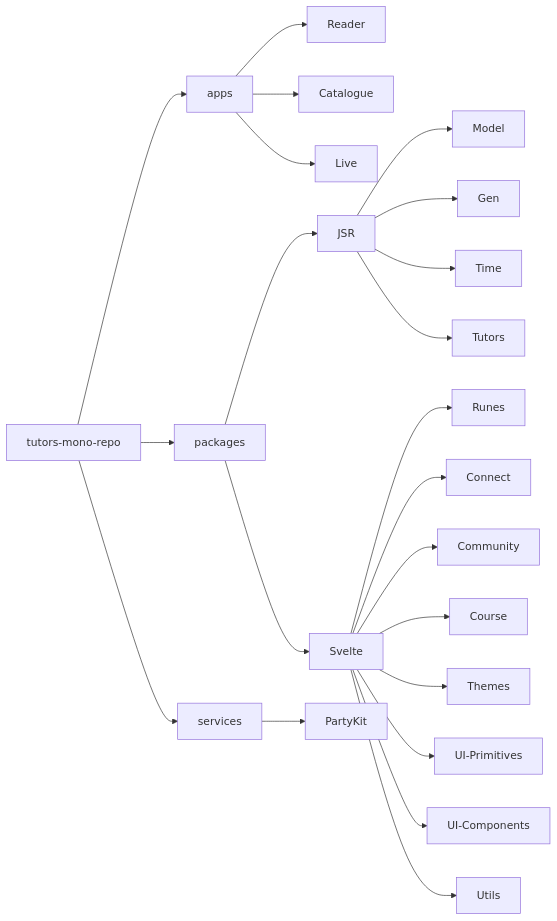
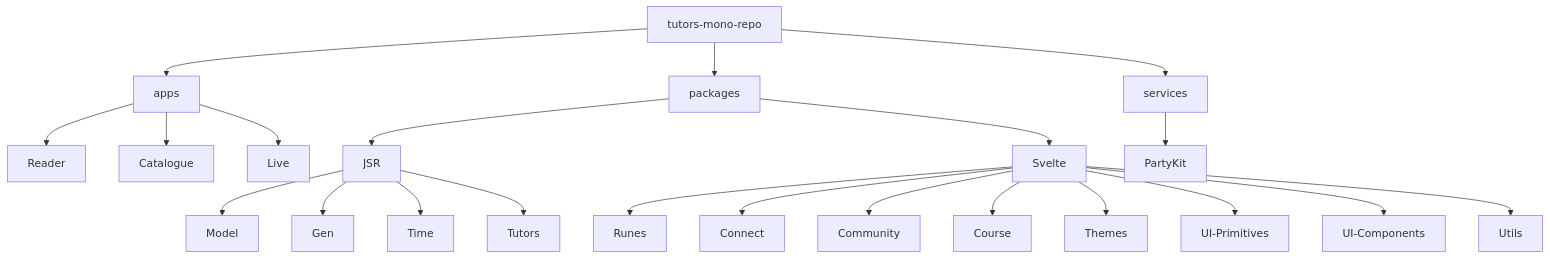
Before and after one commit to tutors-sdk/tutors-reference-manual: the first of 14 diagrams in unit-4-dev/note-architecture/note-architecture.md, drawn with Mermaid.

Commit message:
vertical version

````diff
--- a/unit-4-dev/note-architecture/note-architecture.md
+++ b/unit-4-dev/note-architecture/note-architecture.md
@@ -48,31 +48,31 @@
 ```mermaid
-graph LR
+graph TD
   root["tutors-mono-repo"]
 
   root --> apps
   root --> packages
   root --> services
 
   apps --> reader["Reader"]
   apps --> catalogue["Catalogue"]
   apps --> live["Live"]
 
   packages --> jsr["JSR"]
   packages --> svelte["Svelte"]
 
   jsr --> model["Model"]
   jsr --> gen["Gen"]
   jsr --> time["Time"]
   jsr --> tutors_cli["Tutors"]
 
   svelte --> runes["Runes"]
   svelte --> connect["Connect"]
   svelte --> community["Community"]
   svelte --> course["Course"]
   svelte --> themes["Themes"]
   svelte --> ui_prim["UI-Primitives"]
   svelte --> ui_comp["UI-Components"]
   svelte --> utils["Utils"]
 
   services --> partykit["PartyKit"]
 ```
````
